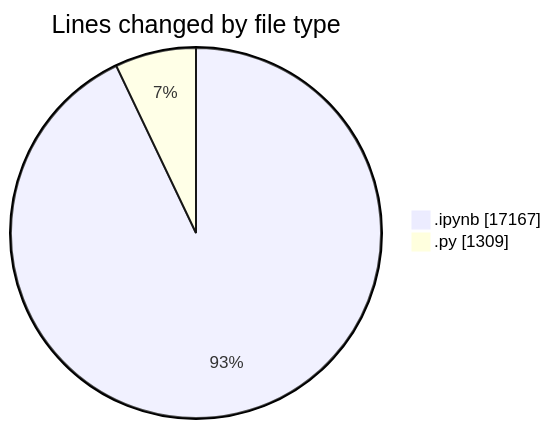
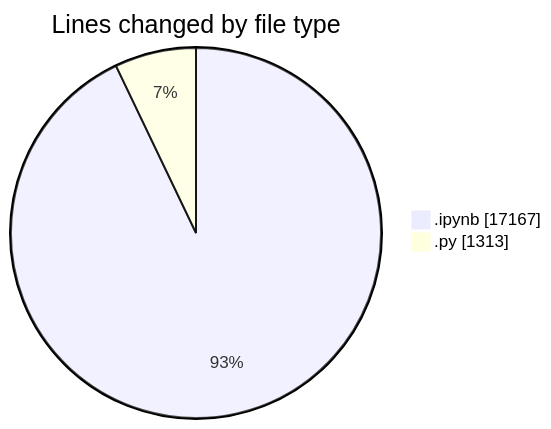
The first of 2 diagrams in 2025-05-07/myws__workspace_/README.md (MatusMokan/code-tracking), drawn with Mermaid before and after one commit. The commit also changed other lines of this file and 1 other file, not shown here.

````diff
--- a/2025-05-07/myws__workspace_/README.md
+++ b/2025-05-07/myws__workspace_/README.md
@@ -21,6 +21,6 @@
 ```mermaid
 pie showData
 title Lines changed by file type
 ".ipynb" : 17167
-".py" : 1309
+".py" : 1313
 ```
````
